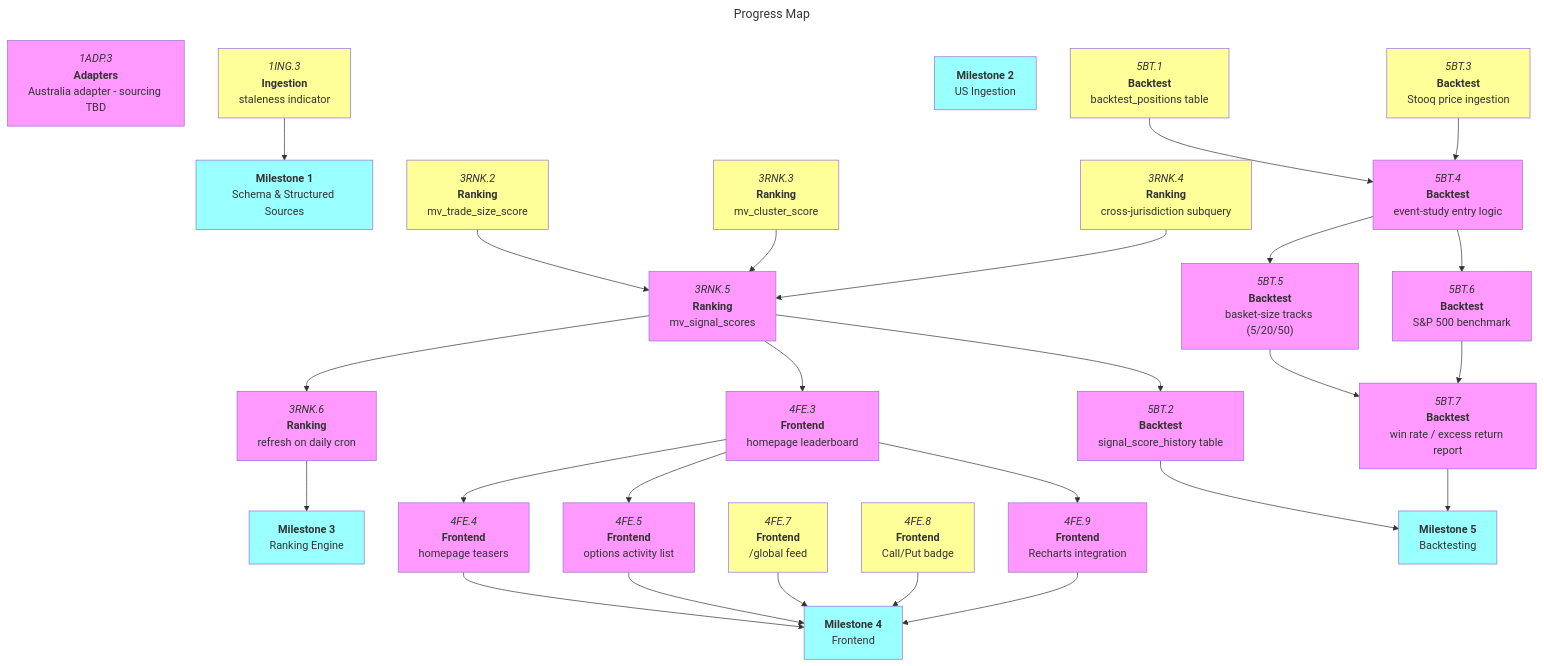
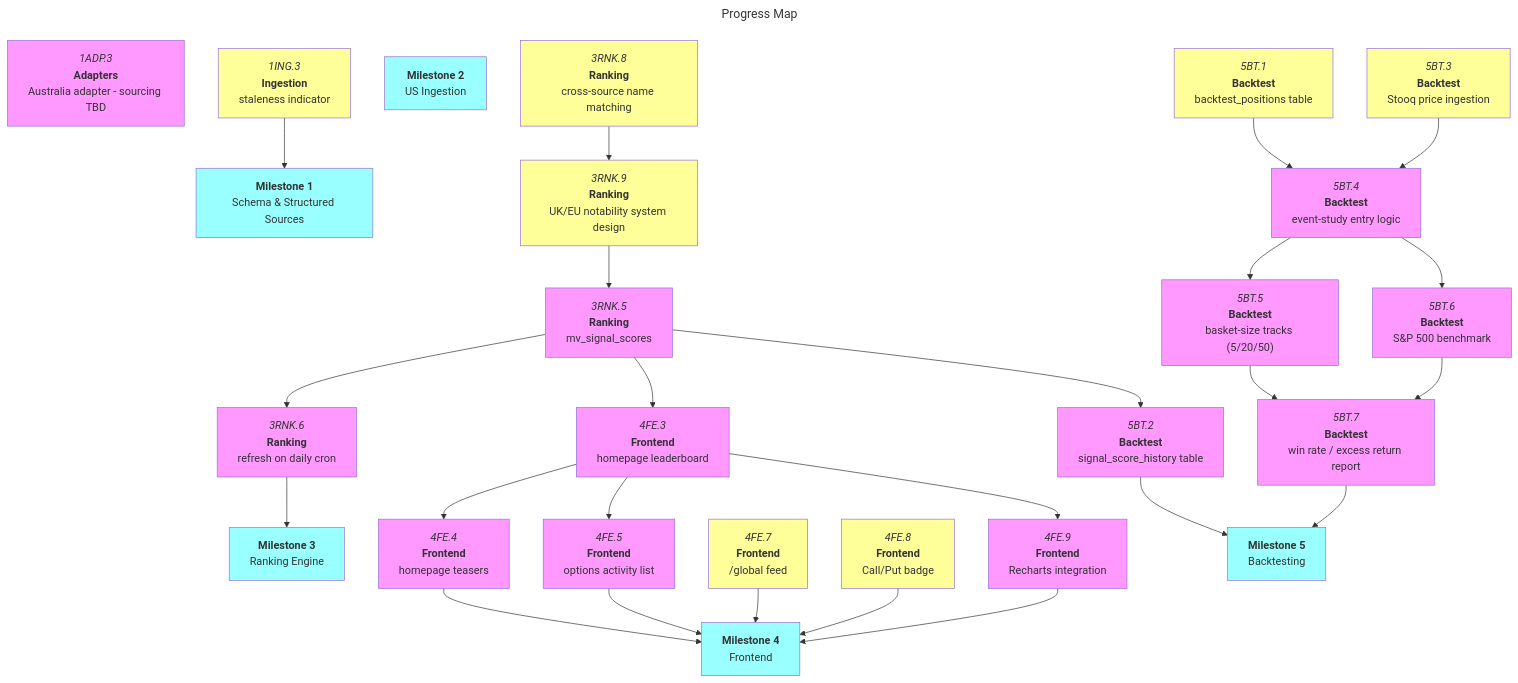
The diagram in docs/roadmaps/mvp.md (Oggie112/CrossBench), drawn with Mermaid before and after one commit. The commit also changed other lines of this file and 1 other file, not shown here.

```diff
--- a/docs/roadmaps/mvp.md
+++ b/docs/roadmaps/mvp.md
@@ -195,16 +203,13 @@
 
 m2["`**Milestone 2**<br/>US Ingestion`"]:::mile
 
-3RNK.2["`*3RNK.2*<br/>**Ranking**<br/>mv_trade_size_score`"]:::open
+3RNK.8["`*3RNK.8*<br/>**Ranking**<br/>cross-source name matching`"]:::open
 
-3RNK.3["`*3RNK.3*<br/>**Ranking**<br/>mv_cluster_score`"]:::open
-
-3RNK.4["`*3RNK.4*<br/>**Ranking**<br/>cross-jurisdiction subquery`"]:::open
+3RNK.9["`*3RNK.9*<br/>**Ranking**<br/>UK/EU notability system design`"]:::open
+3RNK.8 --> 3RNK.9
 
 3RNK.5["`*3RNK.5*<br/>**Ranking**<br/>mv_signal_scores`"]:::blocked
-3RNK.2 --> 3RNK.5
-3RNK.3 --> 3RNK.5
-3RNK.4 --> 3RNK.5
+3RNK.9 --> 3RNK.5
 
 3RNK.6["`*3RNK.6*<br/>**Ranking**<br/>refresh on daily cron`"]:::blocked
 3RNK.5 --> 3RNK.6
```
